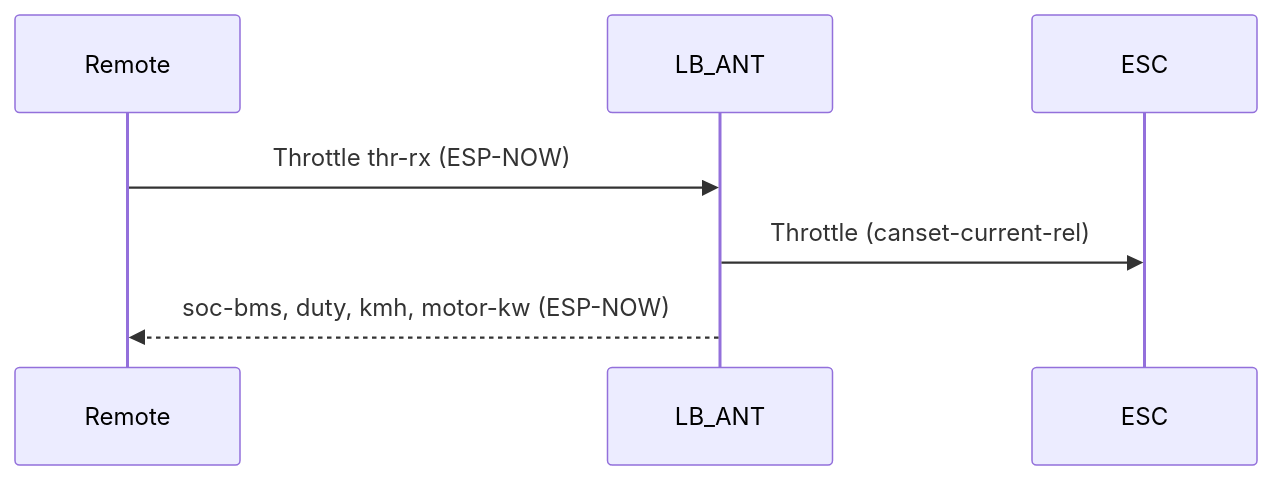
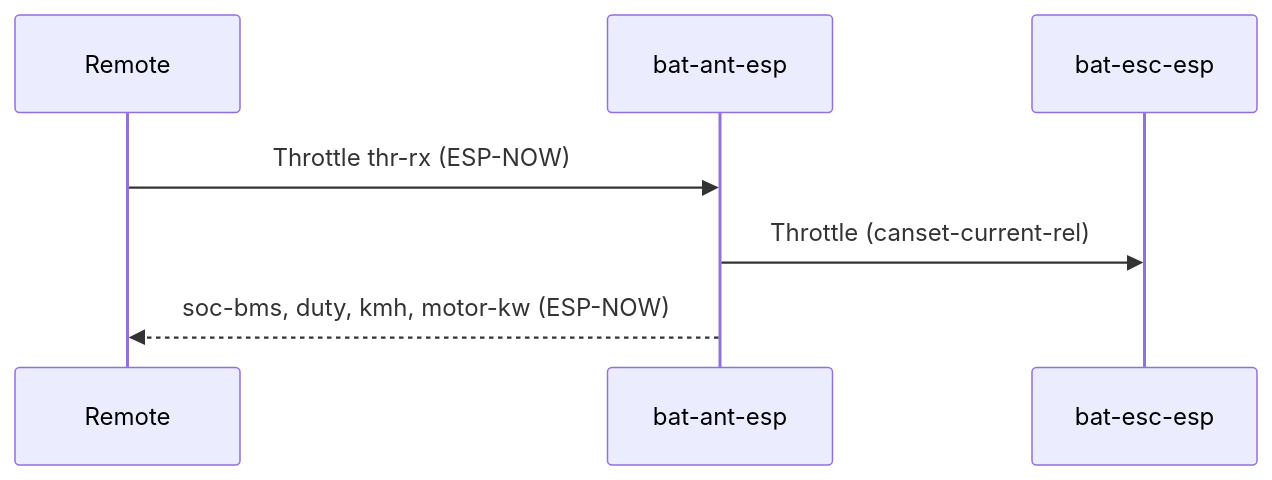
Before and after one commit to cortex/vesc_express: the second of 4 diagrams in README.md, drawn with Mermaid. The commit also changed other lines of this file, not shown here.

````diff
--- a/README.md
+++ b/README.md
@@ -52,8 +90,8 @@
 ```mermaid
 sequenceDiagram
 
-Remote ->> LB_ANT: Throttle thr-rx (ESP-NOW)
-LB_ANT ->> ESC: Throttle (canset-current-rel)
+Remote ->> bat-ant-esp: Throttle thr-rx (ESP-NOW)
+bat-ant-esp ->> bat-esc-esp: Throttle (canset-current-rel)
 
-LB_ANT -->> Remote: soc-bms, duty, kmh, motor-kw (ESP-NOW)
+bat-ant-esp -->> Remote: soc-bms, duty, kmh, motor-kw (ESP-NOW)
 ```
````
